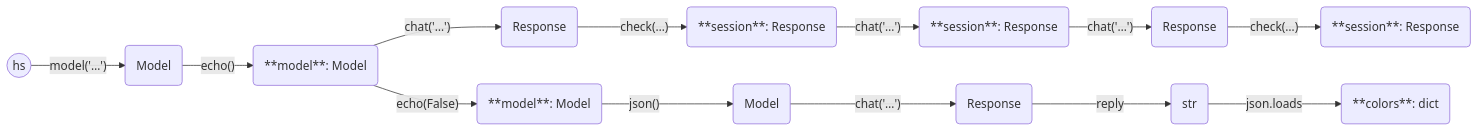
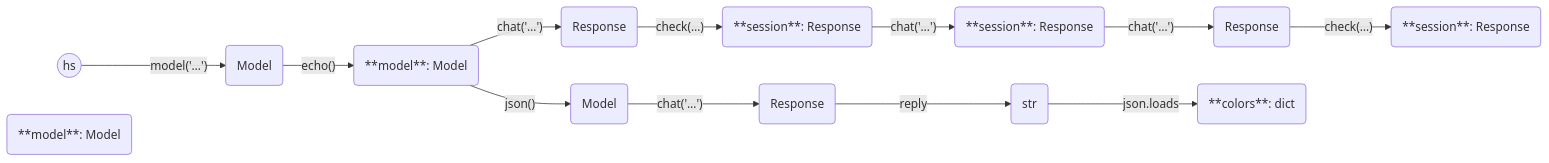
The diagram in examples/check/README.md (andygill/haverscript), drawn with Mermaid before and after one commit. The commit also changed other lines of this file and 8 other files, not shown here.

````diff
--- a/examples/check/README.md
+++ b/examples/check/README.md
@@ -96,35 +93,34 @@
 ```mermaid
 graph LR
 
     start((hs))
     m0(Model)
     m1(**model**: Model)
     r0(Response)
     r1(**session**: Response)
     r2(**session**: Response)
     r3(Response)
     r4(**session**: Response)
     m2(**model**: Model)
 
     m3(Model)
     r5(Response)
 
     str(str)
     dict(**colors**: dict)
 
 
     start -- model('…') --> m0
     m0 -- echo() --> m1
     m1 -- chat('…') --> r0
     r0 -- check(…) --> r1
     r1 -- chat('…') --> r2
     r2 -- chat('…') --> r3
     r3 -- check(…) --> r4
 
-    m1 -- echo(False) --> m2
-    m2 -- json() --> m3
+    m1 -- json() --> m3
     m3 -- chat('…') --> r5
     r5 -- reply --> str
     str -- json.loads --> dict
 
 ```
````
